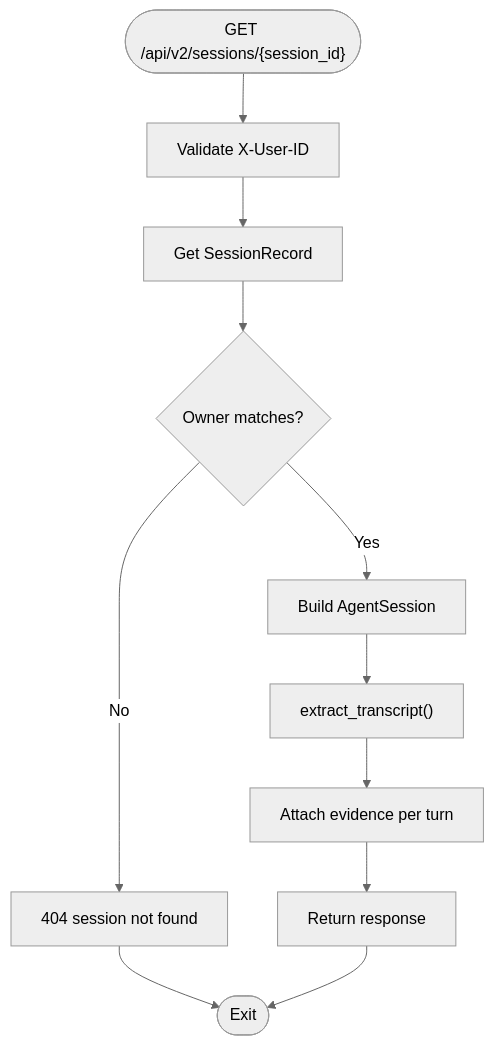
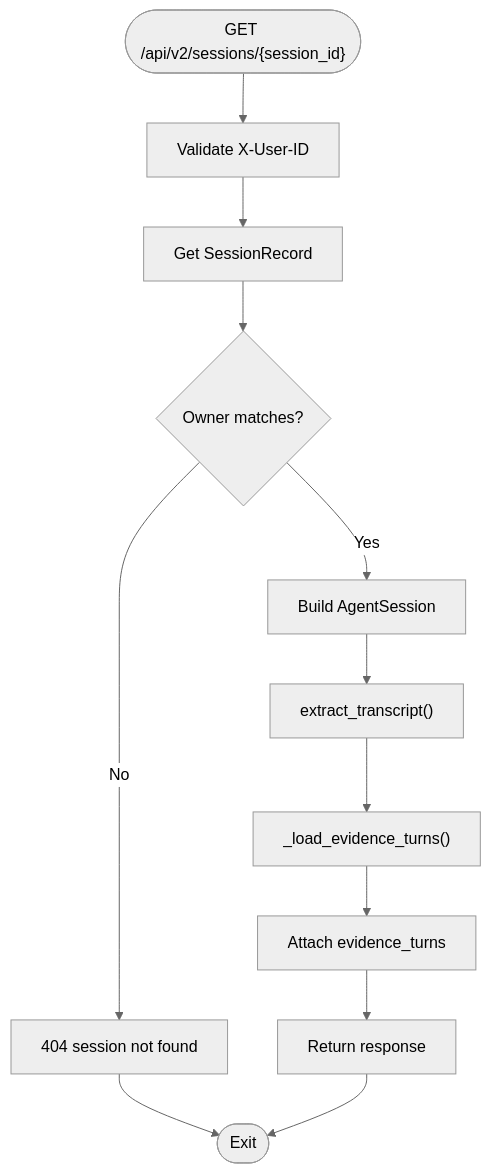
The third of 8 diagrams in .qoder/repowiki/en/content/Architecture Documentation/SPEC-025_ Evidence Persistence in Transcripts.md (metasync/luban-aiops), drawn with Mermaid (neutral theme) before and after one commit. The commit also changed other lines of this file and 26 other files, not shown here.

````diff
--- a/.qoder/repowiki/en/content/Architecture Documentation/SPEC-025_ Evidence Persistence in Transcripts.md
+++ b/.qoder/repowiki/en/content/Architecture Documentation/SPEC-025_ Evidence Persistence in Transcripts.md
@@ -127,13 +139,14 @@
 ```mermaid
 flowchart TD
 Start(["GET /api/v2/sessions/{session_id}"]) --> Auth["Validate X-User-ID"]
 Auth --> GetSession["Get SessionRecord"]
 GetSession --> CheckOwner{"Owner matches?"}
 CheckOwner --> |No| NotFound["404 session not found"]
 CheckOwner --> |Yes| BuildResponse["Build AgentSession"]
 BuildResponse --> Transcript["extract_transcript()"]
-Transcript --> AttachEvidence["Attach evidence per turn"]
+Transcript --> LoadEvidence["_load_evidence_turns()"]
+LoadEvidence --> AttachEvidence["Attach evidence_turns"]
 AttachEvidence --> Return["Return response"]
 NotFound --> End(["Exit"])
 Return --> End
 ```
````
